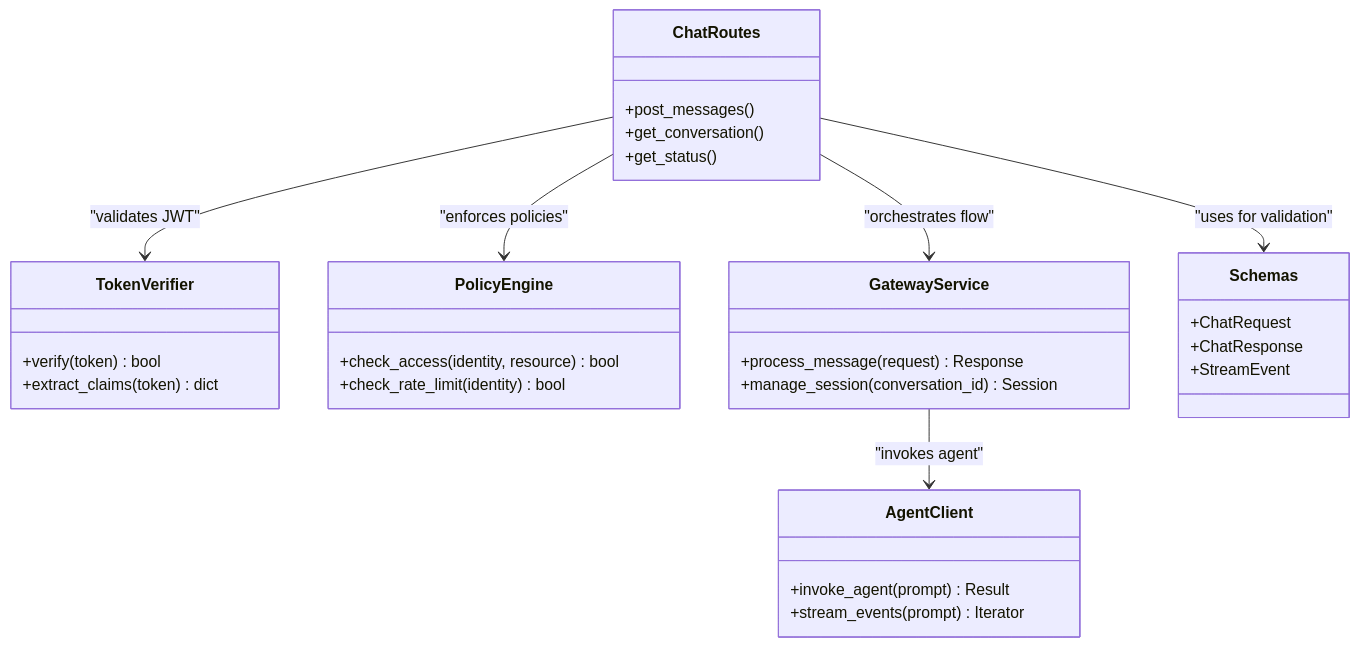
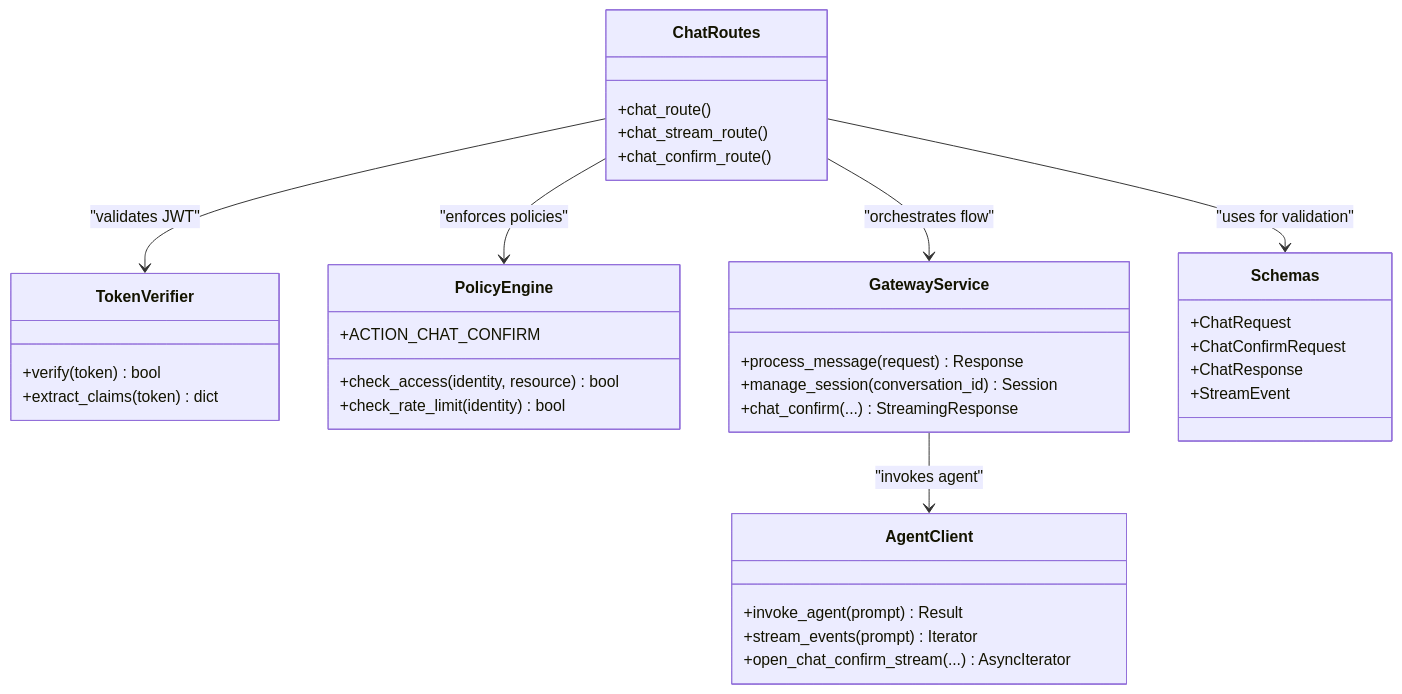
Before and after one commit to metasync/luban-aiops: the third of 4 diagrams in .qoder/repowiki/en/content/API Reference/Agent Platform API/Chat Endpoints.md, drawn with Mermaid. The commit also changed other lines of this file and 24 other files, not shown here.

````diff
--- a/.qoder/repowiki/en/content/API Reference/Agent Platform API/Chat Endpoints.md
+++ b/.qoder/repowiki/en/content/API Reference/Agent Platform API/Chat Endpoints.md
@@ -214,34 +310,38 @@
 ```mermaid
 classDiagram
 class ChatRoutes {
-+post_messages()
-+get_conversation()
-+get_status()
++chat_route()
++chat_stream_route()
++chat_confirm_route()
 }
 class TokenVerifier {
 +verify(token) bool
 +extract_claims(token) dict
 }
 class PolicyEngine {
 +check_access(identity, resource) bool
 +check_rate_limit(identity) bool
++ACTION_CHAT_CONFIRM
 }
 class GatewayService {
 +process_message(request) Response
 +manage_session(conversation_id) Session
++chat_confirm(...) StreamingResponse
 }
 class AgentClient {
 +invoke_agent(prompt) Result
 +stream_events(prompt) Iterator
++open_chat_confirm_stream(...) AsyncIterator
 }
 class Schemas {
 +ChatRequest
++ChatConfirmRequest
 +ChatResponse
 +StreamEvent
 }
 ChatRoutes --> TokenVerifier : "validates JWT"
 ChatRoutes --> PolicyEngine : "enforces policies"
 ChatRoutes --> GatewayService : "orchestrates flow"
 GatewayService --> AgentClient : "invokes agent"
 ChatRoutes --> Schemas : "uses for validation"
 ```
````
